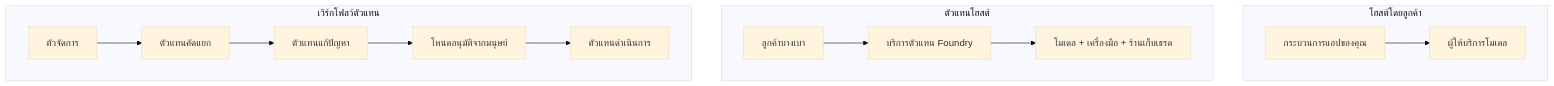
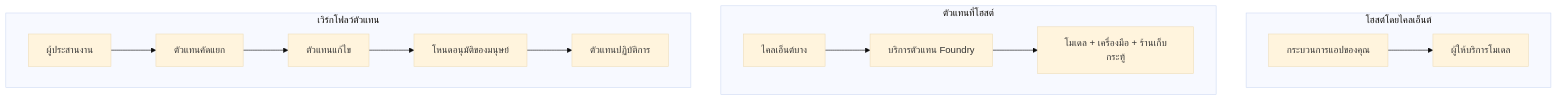
One commit to gabrielmoreira/agent-skills-mirror changed the first of 4 diagrams in mirrors/repos/microsoft@ai-agents-for-beginners/translations/th/16-deploying-scalable-agents/README.md. Above: the diagram before and after it, drawn with Mermaid (base theme). The commit also changed other lines of this file and 3581 other files, not shown here.

````diff
--- a/mirrors/repos/microsoft@ai-agents-for-beginners/translations/th/16-deploying-scalable-agents/README.md
+++ b/mirrors/repos/microsoft@ai-agents-for-beginners/translations/th/16-deploying-scalable-agents/README.md
@@ -87,16 +87,16 @@
 ```mermaid
 flowchart TB
-    subgraph P1[โฮสต์โดยลูกค้า]
+    subgraph P1[โฮสต์โดยไคลเอ็นต์]
         A1[กระบวนการแอปของคุณ] --> M1[ผู้ให้บริการโมเดล]
     end
-    subgraph P2[ตัวแทนโฮสต์]
-        A2[ลูกค้าบางเบา] --> F2[บริการตัวแทน Foundry]
-        F2 --> M2[โมเดล + เครื่องมือ + ร้านเก็บเธรด]
+    subgraph P2[ตัวแทนที่โฮสต์]
+        A2[ไคลเอ็นต์บาง] --> F2[บริการตัวแทน Foundry]
+        F2 --> M2[โมเดล + เครื่องมือ + ร้านเก็บกระทู้]
     end
     subgraph P3[เวิร์กโฟลว์ตัวแทน]
-        A3[ตัวจัดการ] --> S1[ตัวแทนคัดแยก]
-        S1 --> S2[ตัวแทนแก้ปัญหา]
-        S2 --> H[โหนดอนุมัติจากมนุษย์]
-        H --> S3[ตัวแทนดำเนินการ]
+        A3[ผู้ประสานงาน] --> S1[ตัวแทนคัดแยก]
+        S1 --> S2[ตัวแทนแก้ไข]
+        S2 --> H[โหนดอนุมัติของมนุษย์]
+        H --> S3[ตัวแทนปฏิบัติการ]
     end
 ```
````
